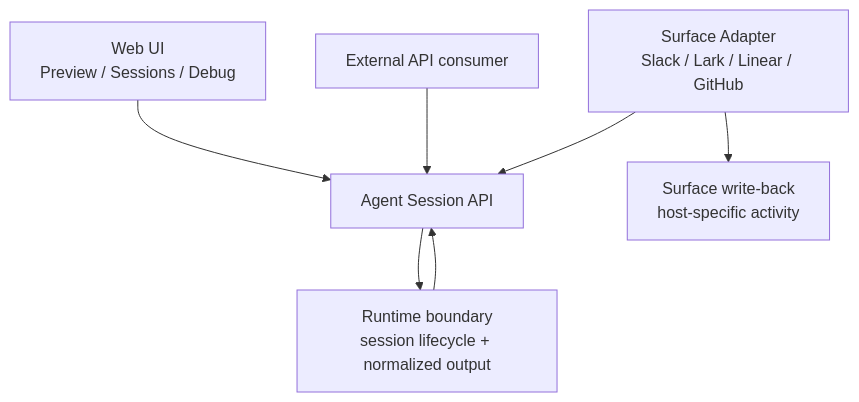
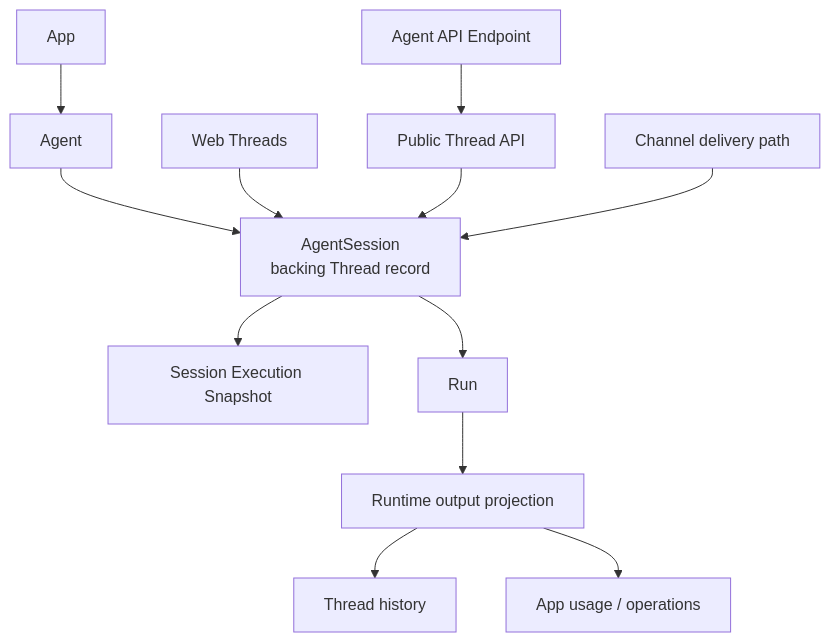
The first of 2 diagrams in docs/prd/agent-session-api.md (langgenius/mosoo), drawn with Mermaid before and after one commit. The commit also changed other lines of this file and 71 other files, not shown here.

Commit message:
chore(app-boundary): refresh generated docs and tests

````diff
--- a/docs/prd/agent-session-api.md
+++ b/docs/prd/agent-session-api.md
@@ -98,11 +96,16 @@
 ```mermaid
 flowchart TD
-  Web["Web UI<br/>Preview / Sessions / Debug"] --> RuntimeAPI["Agent Session API"]
-  API["External API consumer"] --> RuntimeAPI
-  Surface["Surface Adapter<br/>Slack / Lark / Linear / GitHub"] --> RuntimeAPI
+  App["App"] --> Agent["Agent"]
+  Agent --> Session["AgentSession<br/>backing Thread record"]
 
-  RuntimeAPI --> RuntimeBoundary["Runtime boundary<br/>session lifecycle + normalized output"]
-  RuntimeBoundary --> RuntimeAPI
+  Web["Web Threads"] --> Session
+  Endpoint["Agent API Endpoint"] --> PublicThreadApi["Public Thread API"]
+  PublicThreadApi --> Session
+  Channel["Channel delivery path"] --> Session
 
-  Surface --> Activity["Surface write-back<br/>host-specific activity"]
+  Session --> Snapshot["Session Execution Snapshot"]
+  Session --> Run["Run"]
+  Run --> Projection["Runtime output projection"]
+  Projection --> History["Thread history"]
+  Projection --> Usage["App usage / operations"]
 ```
````
